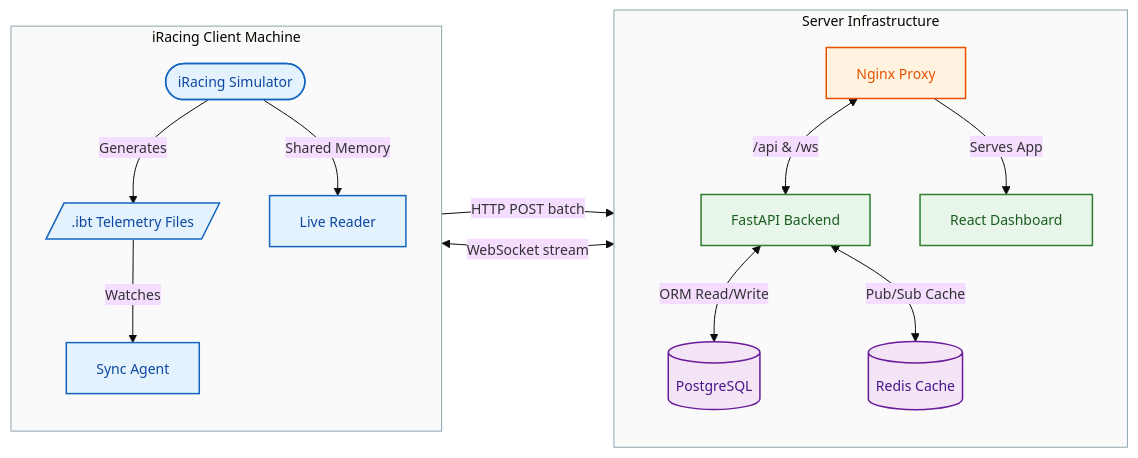
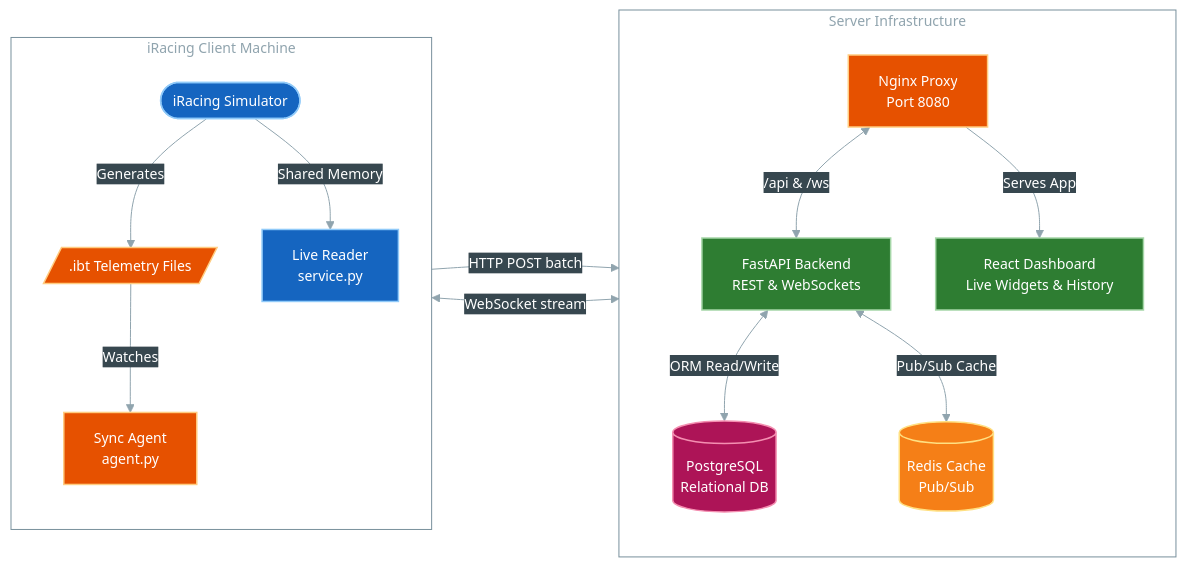
The diagram in README.md (0resuto/iracing-cold-mirror), drawn with Mermaid before and after one commit.

Commit message:
docs(readme): restyle architecture diagram palette

````diff
--- a/README.md
+++ b/README.md
@@ -27,45 +27,59 @@
 ```mermaid
-%%{init: {'theme': 'base', 'themeVariables': { 'fontSize': '14px' }}}%%
+%%{init: {
+  'theme': 'base',
+  'flowchart': { 'curve': 'basis', 'nodeSpacing': 45, 'rankSpacing': 65, 'wrap': true },
+  'themeVariables': {
+    'fontSize': '14px',
+    'primaryColor': '#37474F',
+    'primaryTextColor': '#ffffff',
+    'primaryBorderColor': '#78909C',
+    'lineColor': '#90A4AE',
+    'secondaryColor': '#37474F',
+    'tertiaryColor': '#37474F'
+  }
+}}%%
 flowchart LR
     subgraph Client["iRacing Client Machine"]
         direction TB
         Sim(["iRacing Simulator"])
         IBT[/".ibt Telemetry Files"/]
-        Agent["Sync Agent"]
-        Live["Live Reader"]
+        Agent["Sync Agent<br/>agent.py"]
+        Live["Live Reader<br/>service.py"]
 
         Sim -->|Generates| IBT
         Sim -->|Shared Memory| Live
         IBT -->|Watches| Agent
     end
 
     subgraph Server["Server Infrastructure"]
         direction TB
-        Proxy["Nginx Proxy"]
-        API["FastAPI Backend"]
-        UI["React Dashboard"]
-        DB[("PostgreSQL")]
-        Redis[("Redis Cache")]
+        Proxy["Nginx Proxy<br/>Port 8080"]
+        API["FastAPI Backend<br/>REST & WebSockets"]
+        UI["React Dashboard<br/>Live Widgets & History"]
+        DB[("PostgreSQL<br/>Relational DB")]
+        Redis[("Redis Cache<br/>Pub/Sub")]
 
         Proxy <-->|"/api & /ws"| API
         Proxy -->|Serves App| UI
         API <-->|ORM Read/Write| DB
         API <-->|Pub/Sub Cache| Redis
     end
 
     Agent -->|HTTP POST batch| Proxy
     Live <-->|WebSocket stream| Proxy
 
-    classDef client fill:#E3F2FD,stroke:#1565C0,stroke-width:1.5px,color:#0D47A1
-    classDef edge fill:#FFF3E0,stroke:#E65100,stroke-width:1.5px,color:#E65100
-    classDef app fill:#E8F5E9,stroke:#2E7D32,stroke-width:1.5px,color:#1B5E20
-    classDef data fill:#F3E5F5,stroke:#6A1B9A,stroke-width:1.5px,color:#4A148C
+    classDef core fill:#1565C0,stroke:#90CAF9,stroke-width:1.5px,color:#ffffff
+    classDef bridge fill:#E65100,stroke:#FFCC80,stroke-width:1.5px,color:#ffffff
+    classDef app fill:#2E7D32,stroke:#A5D6A7,stroke-width:1.5px,color:#ffffff
+    classDef diskstore fill:#AD1457,stroke:#F48FB1,stroke-width:1.5px,color:#ffffff
+    classDef memstore fill:#F57F17,stroke:#FFE082,stroke-width:1.5px,color:#ffffff
 
-    class Sim,IBT,Agent,Live client
-    class Proxy edge
+    class Sim,Live core
+    class Proxy,Agent,IBT bridge
     class UI,API app
-    class DB,Redis data
+    class DB diskstore
+    class Redis memstore
 
-    style Client fill:#FAFAFA,stroke:#90A4AE,stroke-width:1px
-    style Server fill:#FAFAFA,stroke:#90A4AE,stroke-width:1px
+    style Client fill:none,stroke:#78909C,stroke-width:1px,color:#90A4AE
+    style Server fill:none,stroke:#78909C,stroke-width:1px,color:#90A4AE
 ```
````
